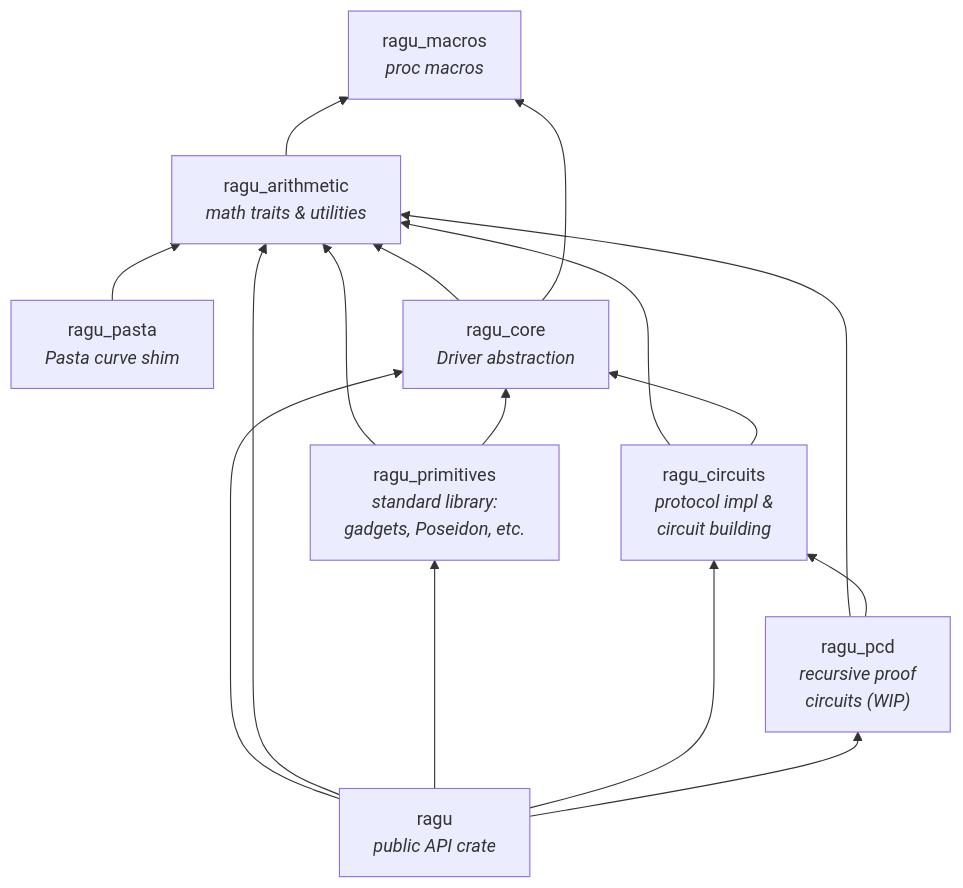
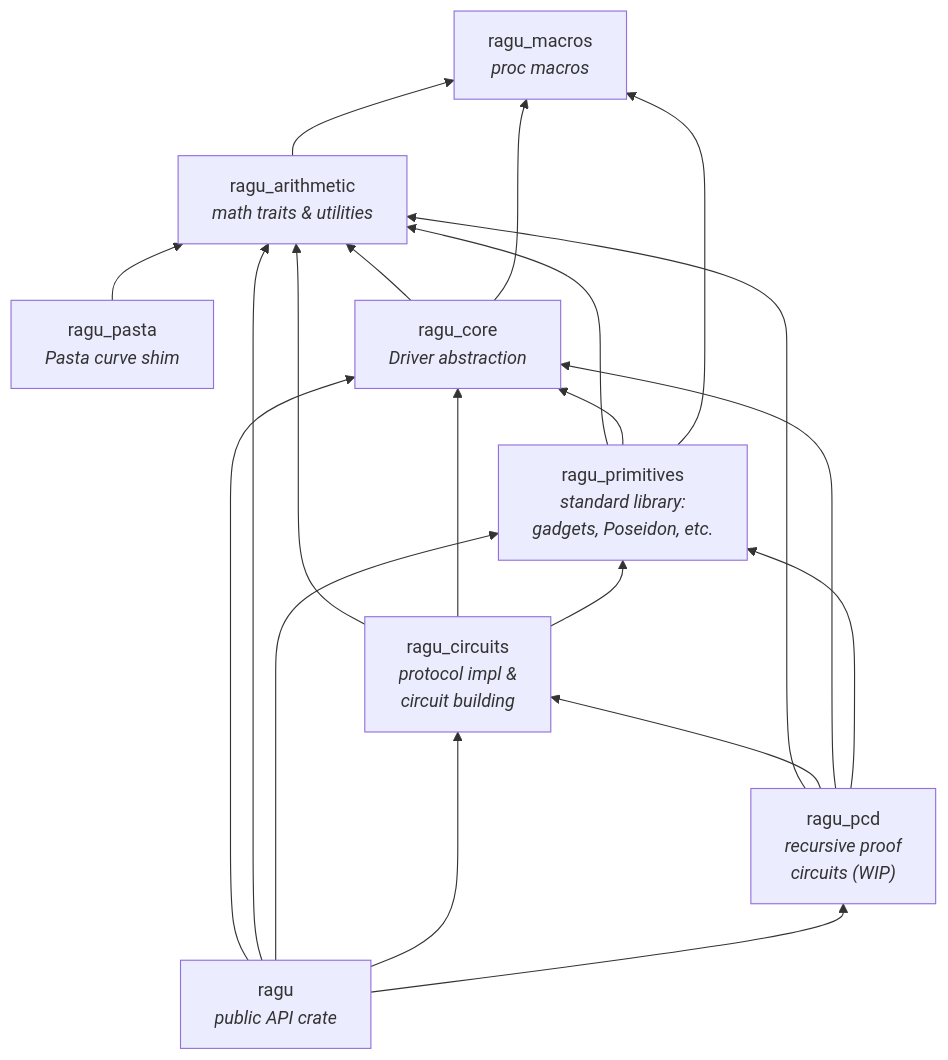
One commit to tachyon-zcash/ragu changed the second of 2 diagrams in book/src/implementation/arch.md. Above: the diagram before and after it, drawn with Mermaid. The commit also changed other lines of this file, not shown here.

Commit message:
doc: correct architecture overview mappings

````diff
--- a/book/src/implementation/arch.md
+++ b/book/src/implementation/arch.md
@@ -39,27 +41,31 @@
 ```mermaid
 flowchart BT
     macros["ragu_macros<br/><i>proc macros</i>"]
     arith["ragu_arithmetic<br/><i>math traits & utilities</i>"]
     pasta["ragu_pasta<br/><i>Pasta curve shim</i>"]
     core["ragu_core<br/><i>Driver abstraction</i>"]
     prims["ragu_primitives<br/><i>standard library:<br/>gadgets, Poseidon, etc.</i>"]
     circuits["ragu_circuits<br/><i>protocol impl &<br/>circuit building</i>"]
     pcd["ragu_pcd<br/><i>recursive proof<br/>circuits (WIP)</i>"]
     ragu["ragu<br/><i>public API crate</i>"]
 
     arith --> macros
     pasta --> arith
     core --> arith
     core --> macros
     prims --> arith
     prims --> core
+    prims --> macros
     circuits --> arith
     circuits --> core
+    circuits --> prims
     pcd --> arith
     pcd --> circuits
+    pcd --> core
+    pcd --> prims
     ragu --> core
     ragu --> arith
     ragu --> prims
     ragu --> circuits
     ragu --> pcd
 ```
````
